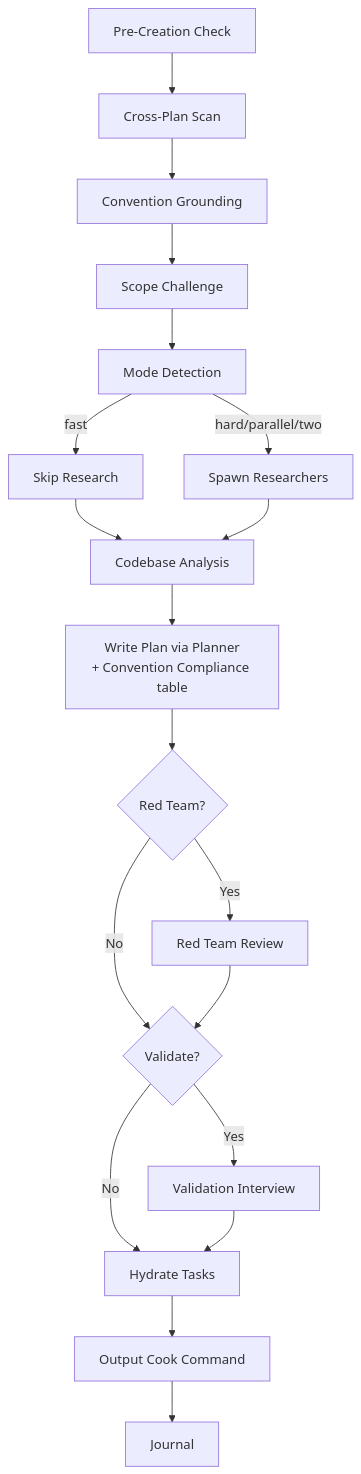
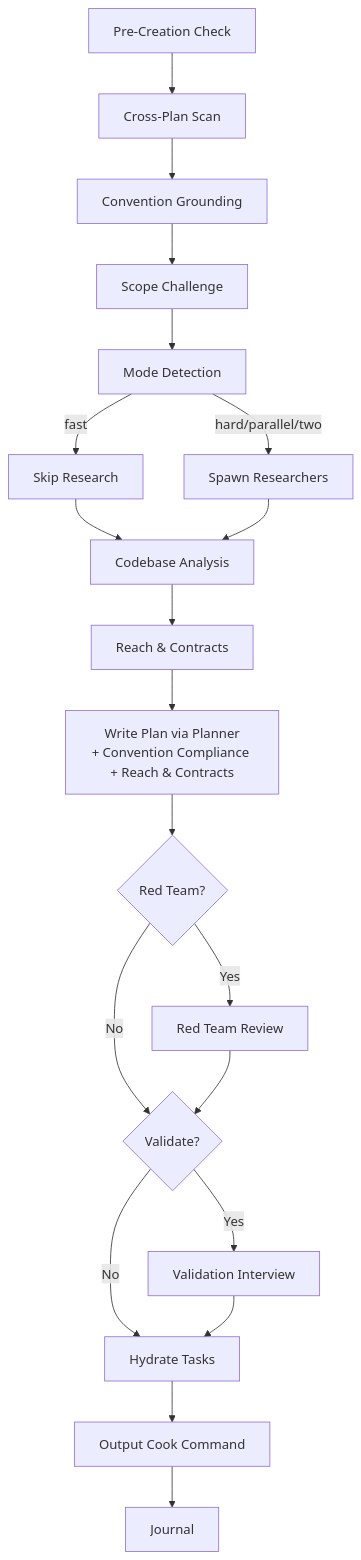
One commit to tuannguyen-everfit/rock288_claude_plugin changed the diagram in plugins/rock288/skills/plan/SKILL.md. Above: the diagram before and after it, drawn with Mermaid. The commit also changed other lines of this file and 22 other files, not shown here.

First line of the commit message:
feat(plan,cook): Reach & Contracts + pre-review self-check, review by Critical/Important, bump rk -> 4.20.0

````diff
--- a/plugins/rock288/skills/plan/SKILL.md
+++ b/plugins/rock288/skills/plan/SKILL.md
@@ -125,21 +130,22 @@
 ```mermaid
 flowchart TD
     A[Pre-Creation Check] --> B[Cross-Plan Scan]
     B --> B2[Convention Grounding]
     B2 --> C[Scope Challenge]
     C --> D[Mode Detection]
     D -->|fast| E[Skip Research]
     D -->|hard/parallel/two| F[Spawn Researchers]
     E --> G[Codebase Analysis]
     F --> G
-    G --> H[Write Plan via Planner<br/>+ Convention Compliance table]
+    G --> G2[Reach & Contracts]
+    G2 --> H[Write Plan via Planner<br/>+ Convention Compliance + Reach & Contracts]
     H --> I{Red Team?}
     I -->|Yes| J[Red Team Review]
     I -->|No| K{Validate?}
     J --> K
     K -->|Yes| L[Validation Interview]
     K -->|No| M[Hydrate Tasks]
     L --> M
     M --> N[Output Cook Command]
     N --> O[Journal]
 ```
````
